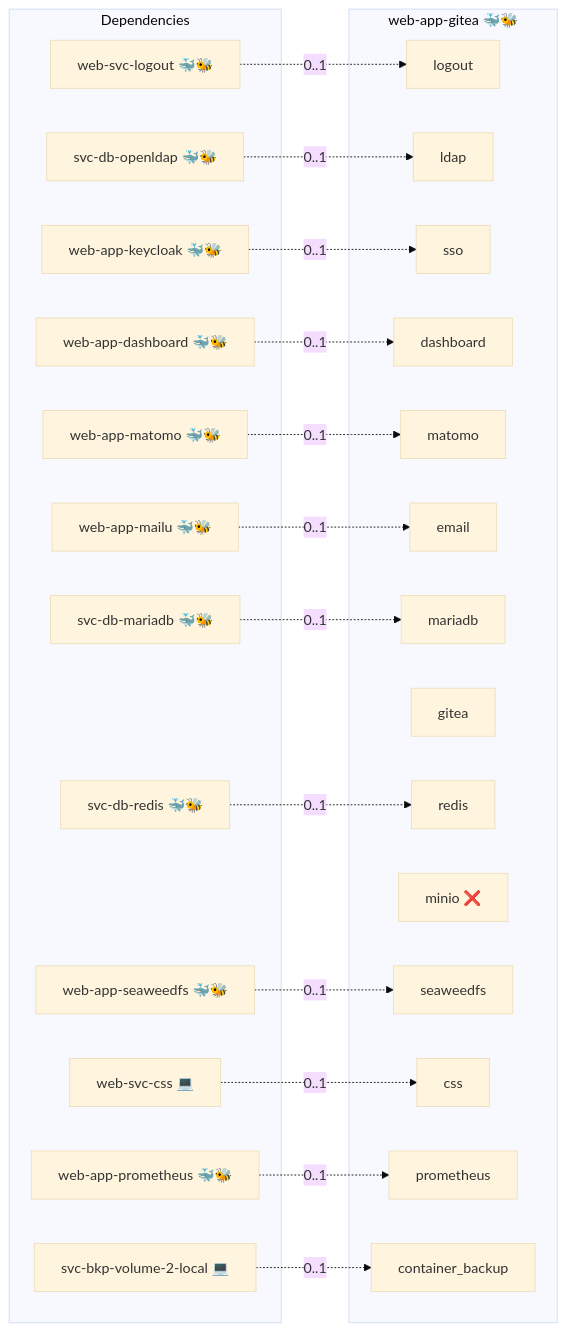
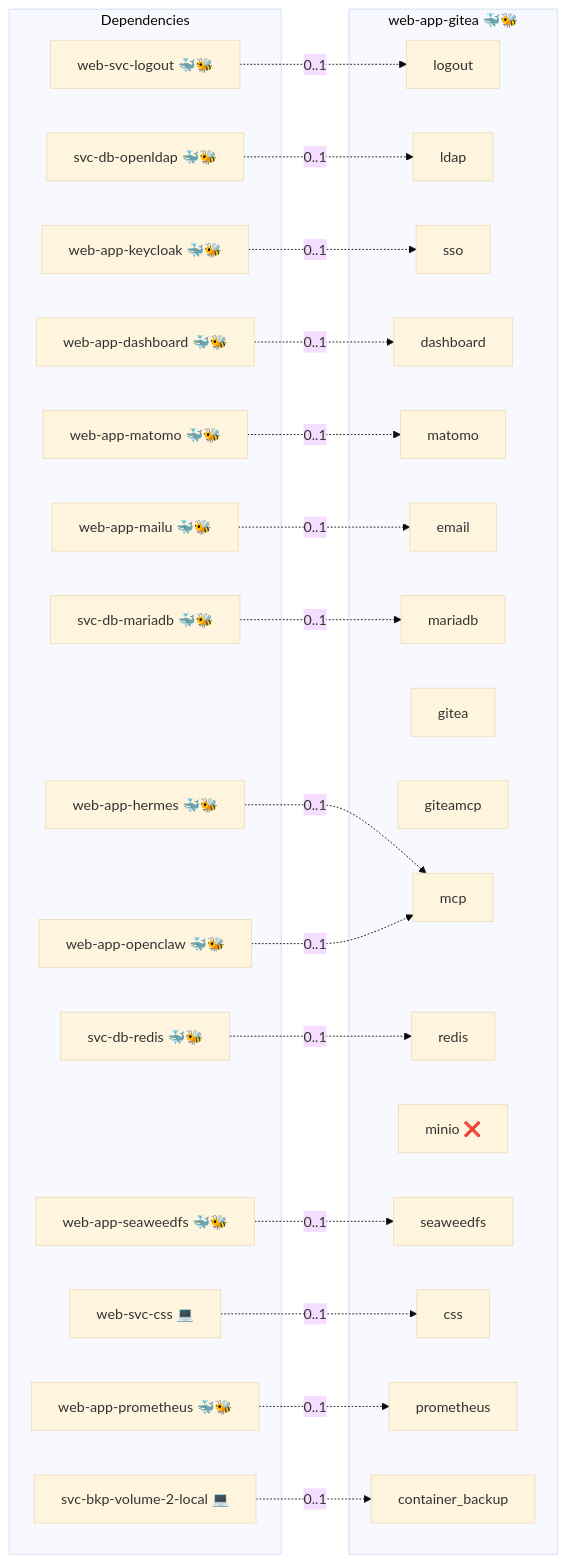
The diagram in roles/web-app-gitea/README.md (infinito-nexus/core), drawn with Mermaid (base theme) before and after one commit. The commit also changed other lines of this file and 14 other files, not shown here.

````diff
--- a/roles/web-app-gitea/README.md
+++ b/roles/web-app-gitea/README.md
@@ -15,45 +15,51 @@
 ```mermaid
 flowchart LR
     subgraph deps [Dependencies]
         dep_svc_bkp_volume_2_local["svc-bkp-volume-2-local 💻"]
         dep_svc_db_mariadb["svc-db-mariadb 🐳🐝"]
         dep_svc_db_openldap["svc-db-openldap 🐳🐝"]
         dep_svc_db_redis["svc-db-redis 🐳🐝"]
         dep_web_app_dashboard["web-app-dashboard 🐳🐝"]
+        dep_web_app_hermes["web-app-hermes 🐳🐝"]
         dep_web_app_keycloak["web-app-keycloak 🐳🐝"]
         dep_web_app_mailu["web-app-mailu 🐳🐝"]
         dep_web_app_matomo["web-app-matomo 🐳🐝"]
+        dep_web_app_openclaw["web-app-openclaw 🐳🐝"]
         dep_web_app_prometheus["web-app-prometheus 🐳🐝"]
         dep_web_app_seaweedfs["web-app-seaweedfs 🐳🐝"]
         dep_web_svc_css["web-svc-css 💻"]
         dep_web_svc_logout["web-svc-logout 🐳🐝"]
     end
     subgraph role [web-app-gitea 🐳🐝]
         svc_logout["logout"]
         svc_ldap["ldap"]
         svc_sso["sso"]
         svc_dashboard["dashboard"]
         svc_matomo["matomo"]
         svc_email["email"]
         svc_mariadb["mariadb"]
         svc_gitea["gitea"]
+        svc_giteamcp["giteamcp"]
+        svc_mcp["mcp"]
         svc_redis["redis"]
         svc_minio["minio ❌"]
         svc_seaweedfs["seaweedfs"]
         svc_css["css"]
         svc_prometheus["prometheus"]
         svc_container_backup["container_backup"]
     end
     dep_svc_bkp_volume_2_local -. "0..1" .-> svc_container_backup
     dep_svc_db_mariadb -. "0..1" .-> svc_mariadb
     dep_svc_db_openldap -. "0..1" .-> svc_ldap
     dep_svc_db_redis -. "0..1" .-> svc_redis
     dep_web_app_dashboard -. "0..1" .-> svc_dashboard
+    dep_web_app_hermes -. "0..1" .-> svc_mcp
     dep_web_app_keycloak -. "0..1" .-> svc_sso
     dep_web_app_mailu -. "0..1" .-> svc_email
     dep_web_app_matomo -. "0..1" .-> svc_matomo
+    dep_web_app_openclaw -. "0..1" .-> svc_mcp
     dep_web_app_prometheus -. "0..1" .-> svc_prometheus
     dep_web_app_seaweedfs -. "0..1" .-> svc_seaweedfs
     dep_web_svc_css -. "0..1" .-> svc_css
     dep_web_svc_logout -. "0..1" .-> svc_logout
 ```
````
